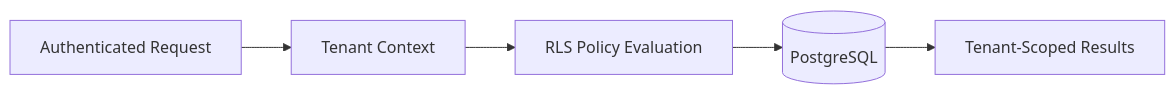
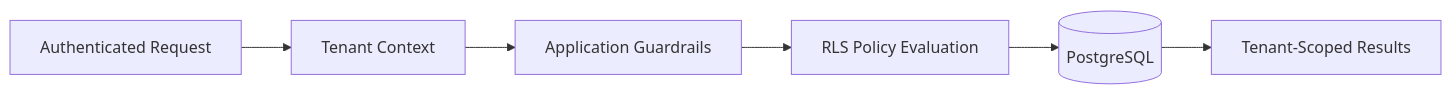
The diagram in architecture/rls-patterns.md (Ahsankhalid618/multi-tenant-saas-architecture), drawn with Mermaid before and after one commit. The commit also changed other lines of this file and 20 other files, not shown here.

````diff
--- a/architecture/rls-patterns.md
+++ b/architecture/rls-patterns.md
@@ -24,12 +24,14 @@
 ```mermaid
 flowchart LR
 
 A[Authenticated Request]
 --> B[Tenant Context]
 
-B --> C[RLS Policy Evaluation]
+B --> C[Application Guardrails]
 
-C --> D[(PostgreSQL)]
+C --> D[RLS Policy Evaluation]
 
-D --> E[Tenant-Scoped Results]
+D --> E[(PostgreSQL)]
+
+E --> F[Tenant-Scoped Results]
 ```
````
